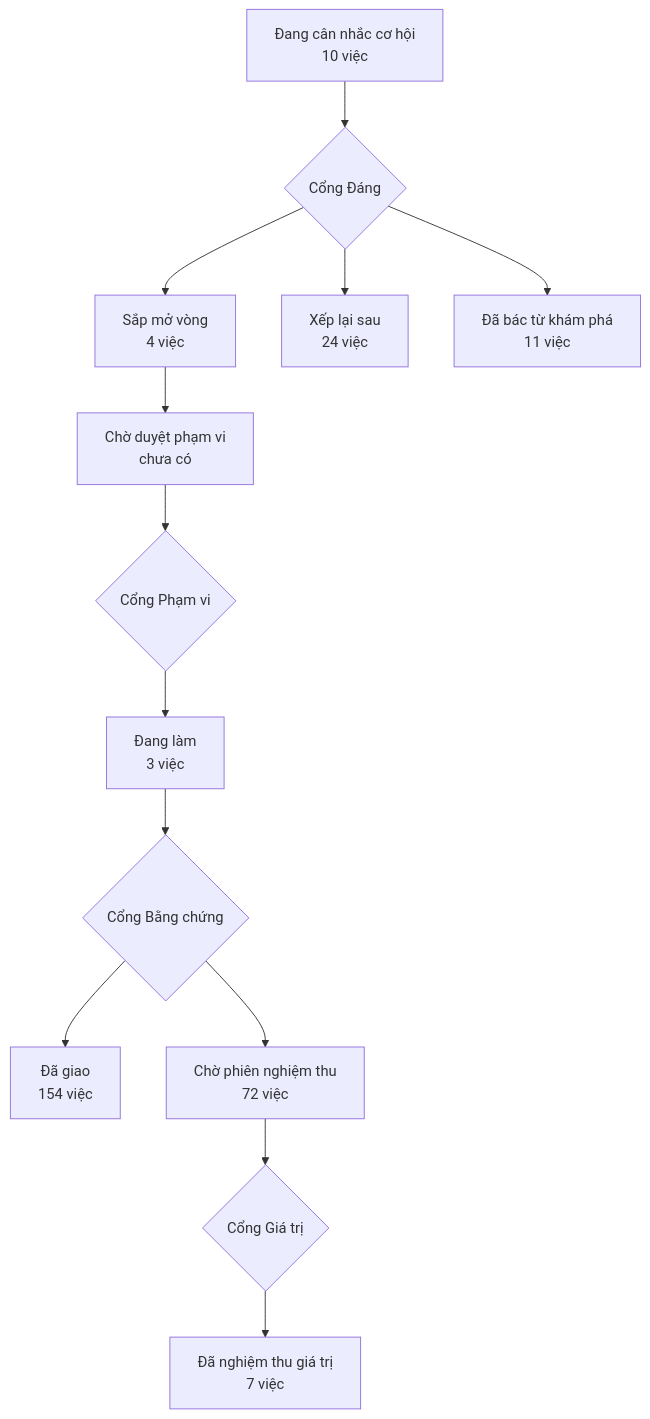
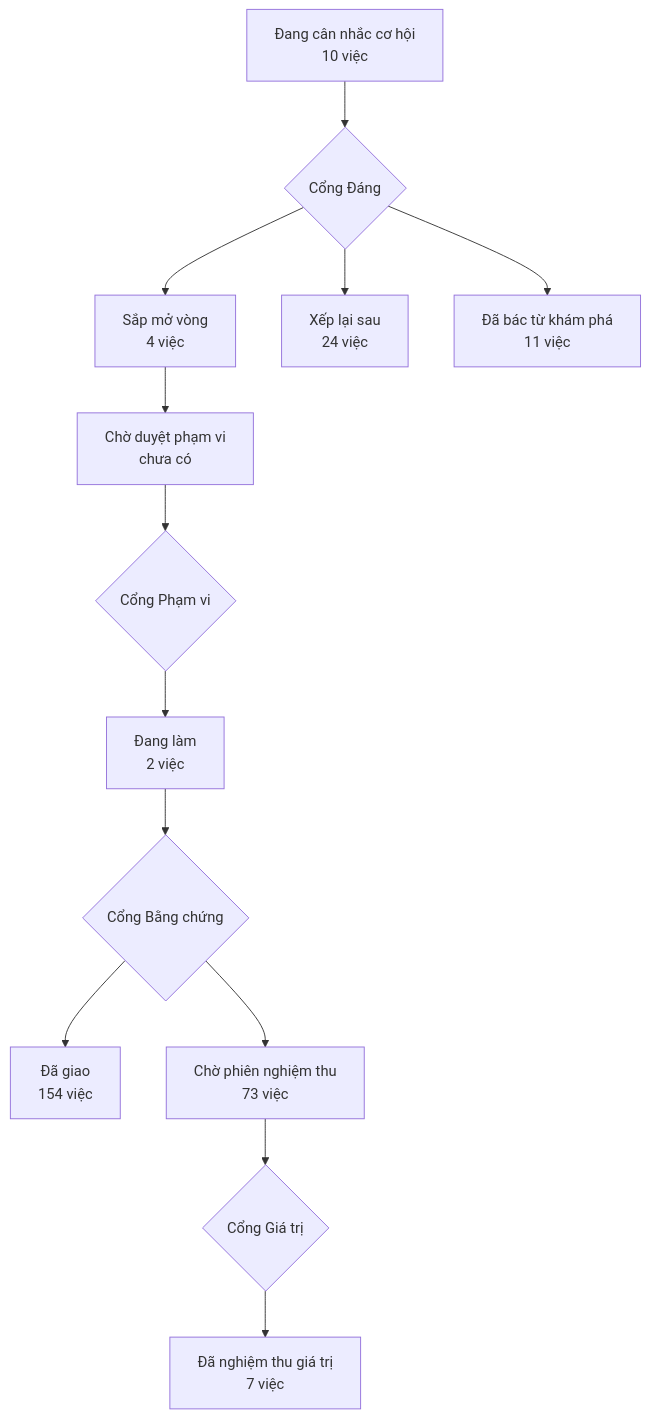
One commit to phanlemanh/acceptance-gate-kit changed the diagram in PRODUCT-MAP.md. Above: the diagram before and after it, drawn with Mermaid. The commit also changed 5 other files, not shown here.

````diff
--- a/PRODUCT-MAP.md
+++ b/PRODUCT-MAP.md
@@ -7,12 +7,12 @@
 ```mermaid
 flowchart TD
   A["Đang cân nhắc cơ hội<br/>10 việc"] --> GD{"Cổng Đáng"}
   GD --> B["Sắp mở vòng<br/>4 việc"]
   GD --> XL["Xếp lại sau<br/>24 việc"]
   GD --> DB["Đã bác từ khám phá<br/>11 việc"]
   B --> CD["Chờ duyệt phạm vi<br/>chưa có"] --> GP{"Cổng Phạm vi"}
-  GP --> DL["Đang làm<br/>3 việc"] --> GB{"Cổng Bằng chứng"}
+  GP --> DL["Đang làm<br/>2 việc"] --> GB{"Cổng Bằng chứng"}
   GB --> DG["Đã giao<br/>154 việc"]
-  GB --> CN["Chờ phiên nghiệm thu<br/>72 việc"] --> GG{"Cổng Giá trị"}
+  GB --> CN["Chờ phiên nghiệm thu<br/>73 việc"] --> GG{"Cổng Giá trị"}
   GG --> NT["Đã nghiệm thu giá trị<br/>7 việc"]
 ```
````
